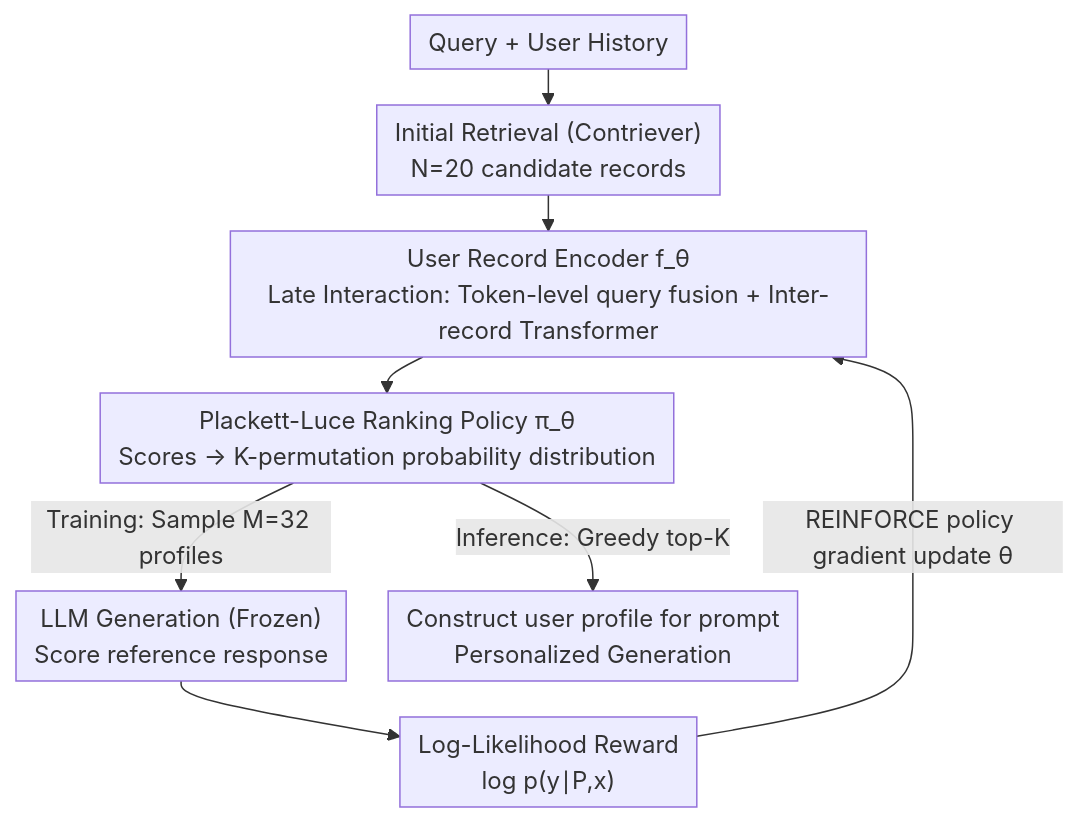
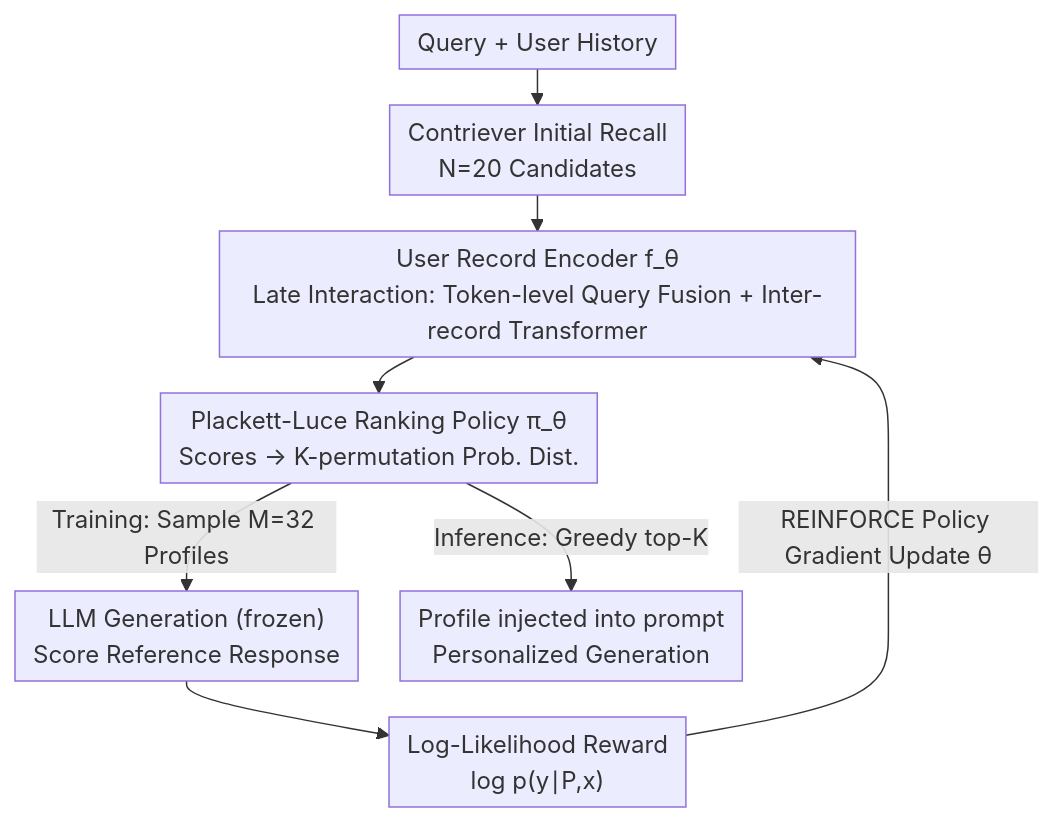
One commit to zhaoyang97/Paper-Notes-en changed the diagram in docs/ACL2026/information_retrieval/optimizing_user_profiles_via_contextual_bandits_for_retrieval-augmented_llm_pers.md. Above: the diagram before and after it, drawn with Mermaid. The commit also changed other lines of this file and 5084 other files, not shown here.

````diff
--- a/docs/ACL2026/information_retrieval/optimizing_user_profiles_via_contextual_bandits_for_retrieval-augmented_llm_pers.md
+++ b/docs/ACL2026/information_retrieval/optimizing_user_profiles_via_contextual_bandits_for_retrieval-augmented_llm_pers.md
@@ -39,11 +39,11 @@
 ```mermaid
 %%{init: {'flowchart': {'rankSpacing': 24, 'nodeSpacing': 28, 'padding': 6, 'wrappingWidth': 400}}}%%
 flowchart TD
-    A["Query + User History"] --> B["Initial Retrieval (Contriever)<br/>N=20 candidate records"]
-    B --> C["User Record Encoder f_θ<br/>Late Interaction: Token-level query fusion + Inter-record Transformer"]
-    C --> D["Plackett-Luce Ranking Policy π_θ<br/>Scores → K-permutation probability distribution"]
-    D -->|Training: Sample M=32 profiles| E["LLM Generation (Frozen)<br/>Score reference response"]
+    A["Query + User History"] --> B["Contriever Initial Recall<br/>N=20 Candidates"]
+    B --> C["User Record Encoder f_θ<br/>Late Interaction: Token-level Query Fusion + Inter-record Transformer"]
+    C --> D["Plackett-Luce Ranking Policy π_θ<br/>Scores → K-permutation Prob. Dist."]
+    D -->|Training: Sample M=32 Profiles| E["LLM Generation (frozen)<br/>Score Reference Response"]
     E --> F["Log-Likelihood Reward<br/>log p(y∣P,x)"]
-    F -->|REINFORCE policy gradient update θ| C
-    D -->|Inference: Greedy top-K| G["Construct user profile for prompt<br/>Personalized Generation"]
+    F -->|REINFORCE Policy Gradient Update θ| C
+    D -->|Inference: Greedy top-K| G["Profile injected into prompt<br/>Personalized Generation"]
 ```
````
